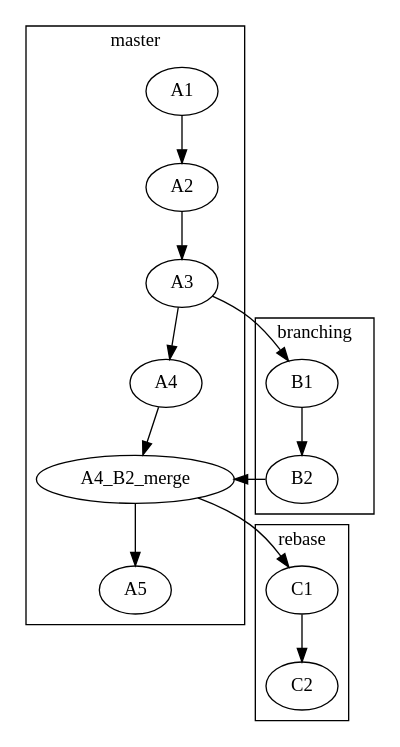
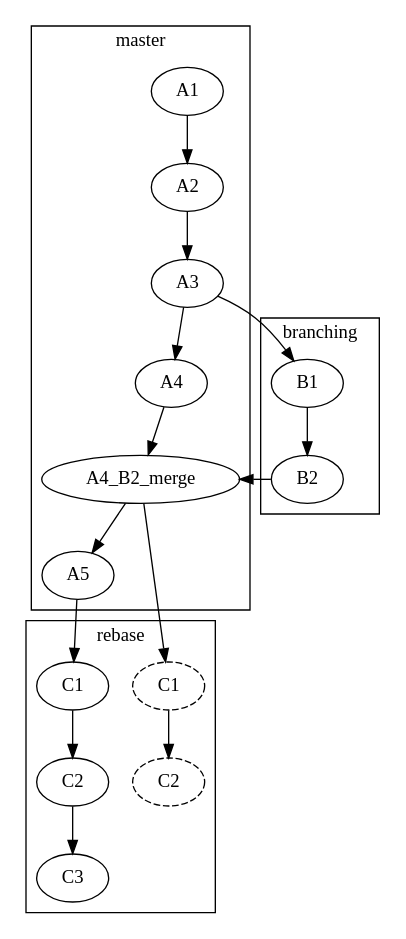
The diagram in tree.dot (java8-course/get-flow), drawn with Graphviz before and after one commit.

```diff
--- a/tree.dot
+++ b/tree.dot
@@ -1,32 +1,38 @@
 digraph tree {
     subgraph cluster_master {
         label="master"
         A1 -> A2 -> A3 -> A4 -> A4_B2_merge -> A5
         
 //         br_master [shape=rectangle; label="master"]
         
     //     br_master -> A1 [style=dashed]
     //     br_master -> A2 [style=dashed]
 //         br_master -> A5
 //         
 //         {rank=same; A5; br_master}
     }
     
     subgraph cluster_branching {
         label="branching"
         B1 -> B2
 //         br_branching [shape=rectangle; label="branching"]
 //         br_branching -> B2
 //         {rank=same; B2; br_branching}
     }
     
     A3 -> B1
     B2 -> A4_B2_merge
     
     subgraph cluster_rebase {
         label="rebase"
+        C1 [style=dashed]
+        C2 [style=dashed]
         C1 -> C2
+        C1_new [label="C1"]
+        C2_new [label="C2"]
+        C1_new -> C2_new -> C3
     }
     
     A4_B2_merge -> C1
+    A5 -> C1_new
 }
```
